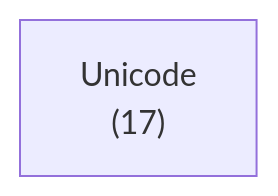
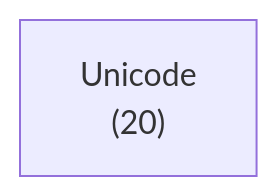
Before and after one commit to ruudkoot/rune: the first of 2 diagrams in docs/lib/unicode/depends.md, drawn with Mermaid. The commit also changed other lines of this file and 41 other files, not shown here.

````diff
--- a/docs/lib/unicode/depends.md
+++ b/docs/lib/unicode/depends.md
@@ -24,4 +24,4 @@
 ```mermaid
 flowchart LR
-  a0["Unicode<br>(17)"]
+  a0["Unicode<br>(20)"]
 ```
````
